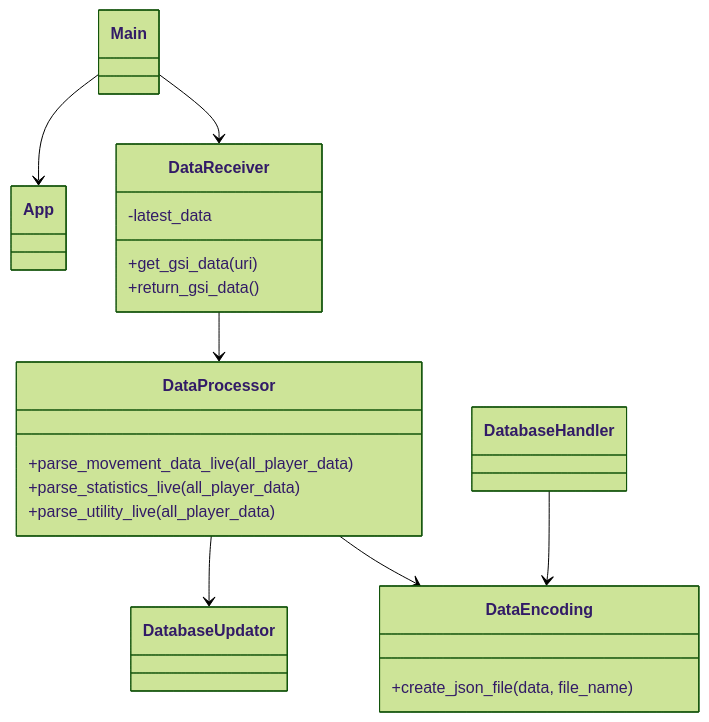
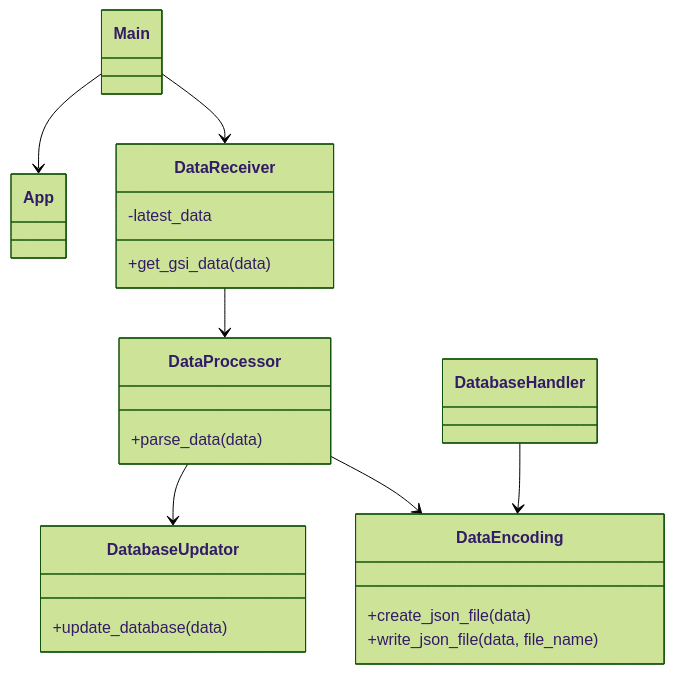
The diagram in docs/class_diagram.md (NikiPOU/elisaohtuprojekti), drawn with Mermaid (forest theme) before and after one commit.

````diff
--- a/docs/class_diagram.md
+++ b/docs/class_diagram.md
@@ -1,30 +1,29 @@
 ```mermaid
 classDiagram
     class Main
 
     class App
 
     class DataReceiver
     DataReceiver : -latest_data
-    DataReceiver : +get_gsi_data(uri)
-    DataReceiver : +return_gsi_data()
+    DataReceiver : +get_gsi_data(data)
 
     class DataProcessor
-    DataProcessor : +parse_movement_data_live(all_player_data)
-    DataProcessor : +parse_statistics_live(all_player_data)
-    DataProcessor : +parse_utility_live(all_player_data)
+    DataProcessor : +parse_data(data)
 
     class DatabaseUpdator
+    DatabaseUpdator : +update_database(data)
 
     class DatabaseHandler
 
     class DataEncoding
-    DataEncoding : +create_json_file(data, file_name)
+    DataEncoding : +create_json_file(data)
+    DataEncoding : +write_json_file(data, file_name)
 
     DataReceiver --> DataProcessor
     Main --> DataReceiver
     Main --> App
     DataProcessor --> DataEncoding
     DataProcessor --> DatabaseUpdator
     DatabaseHandler --> DataEncoding
 ```
````
